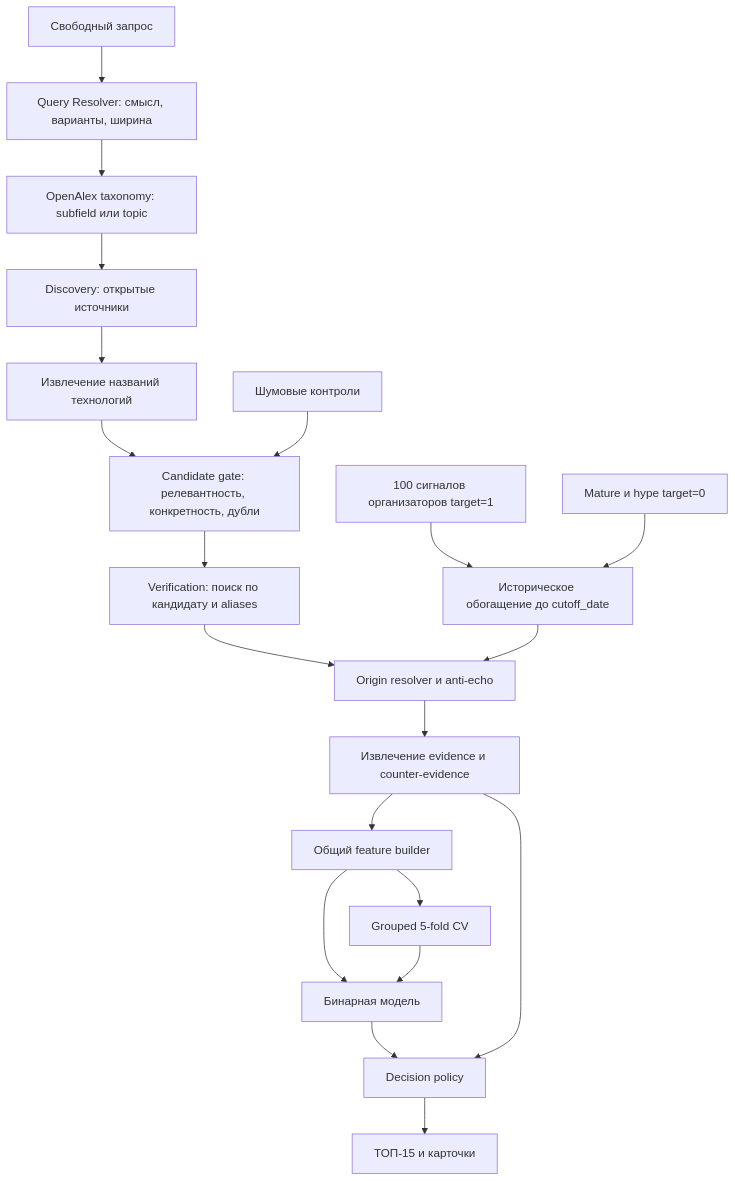
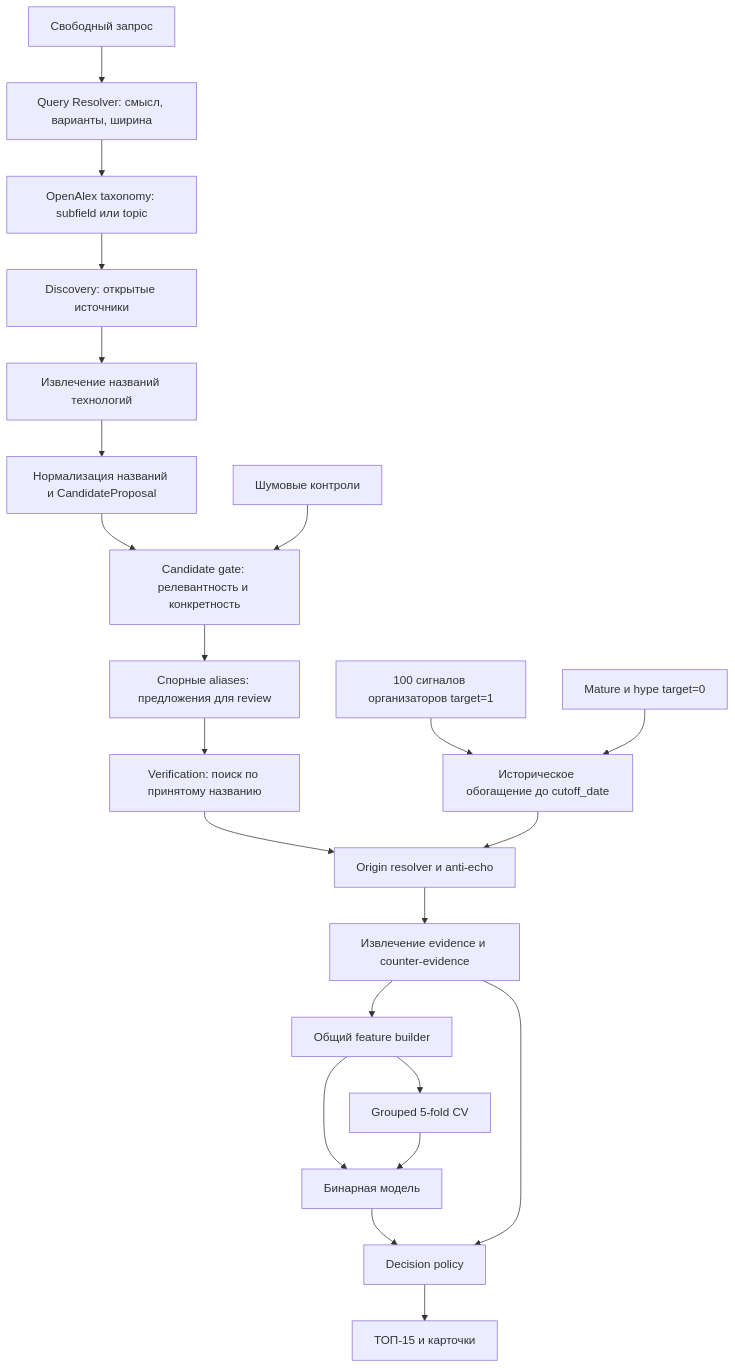
The first of 3 diagrams in ARCHITECTURE.md (xMewrizz/NextWave), drawn with Mermaid before and after one commit. The commit also changed other lines of this file and 14 other files, not shown here.

Commit message:
Normalize candidate names and add verification search

````diff
--- a/ARCHITECTURE.md
+++ b/ARCHITECTURE.md
@@ -16,24 +16,26 @@
 ```mermaid
 flowchart TB
     Q["Свободный запрос"] --> QR["Query Resolver: смысл, варианты, ширина"]
     QR --> TX["OpenAlex taxonomy: subfield или topic"]
     TX --> DS["Discovery: открытые источники"]
     DS --> X["Извлечение названий технологий"]
-    X --> CG["Candidate gate: релевантность, конкретность, дубли"]
-    CG --> V["Verification: поиск по кандидату и aliases"]
+    X --> N["Нормализация названий и CandidateProposal"]
+    N --> CG["Candidate gate: релевантность и конкретность"]
+    CG --> AR["Спорные aliases: предложения для review"]
+    AR --> V["Verification: поиск по принятому названию"]
     V --> O["Origin resolver и anti-echo"]
     O --> E["Извлечение evidence и counter-evidence"]
     E --> F["Общий feature builder"]
     F --> M["Бинарная модель"]
     M --> P["Decision policy"]
     E --> P
     P --> R["ТОП-15 и карточки"]
 
     OP["100 сигналов организаторов target=1"] --> EN["Историческое обогащение до cutoff_date"]
     ON["Mature и hype target=0"] --> EN
     EN --> O
     F --> CV["Grouped 5-fold CV"]
     CV --> M
 
     NZ["Шумовые контроли"] --> CG
 ```
````
